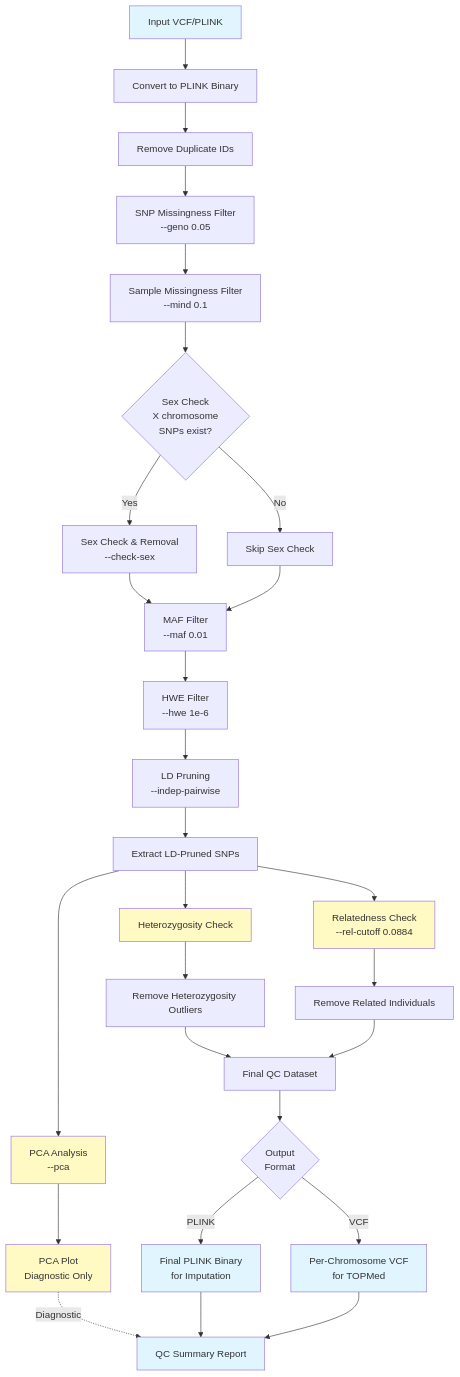
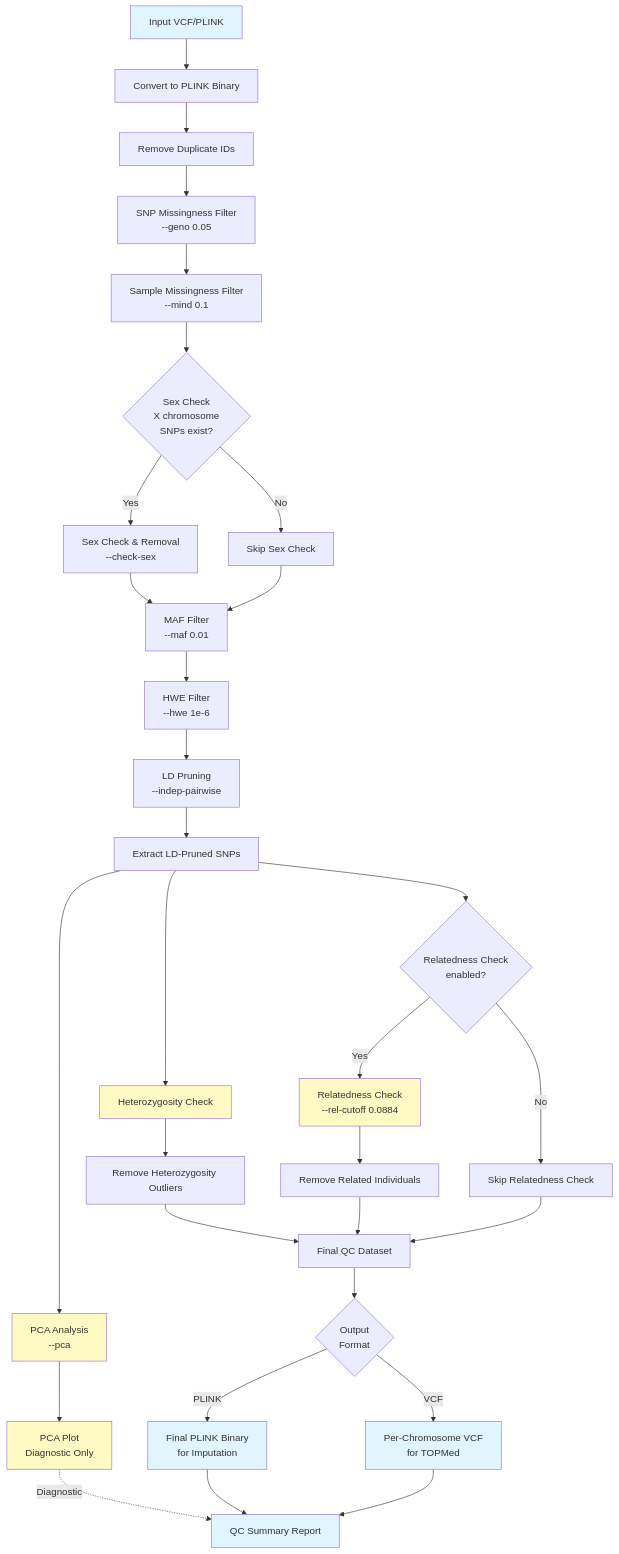
One commit to gwotto/genotype_qc_pipeline changed the diagram in src/genotype_qc_preimputation.mmd. Above: the diagram before and after it, drawn with Mermaid. The commit also changed 8 other files, not shown here.

```diff
--- a/src/genotype_qc_preimputation.mmd
+++ b/src/genotype_qc_preimputation.mmd
@@ -1,36 +1,39 @@
 graph TD
     A["Input VCF/PLINK"] --> B["Convert to PLINK Binary"]
     B --> C["Remove Duplicate IDs"]
     C --> D["SNP Missingness Filter<br/>--geno 0.05"]
     D --> E["Sample Missingness Filter<br/>--mind 0.1"]
     E --> F{"Sex Check<br/>X chromosome<br/>SNPs exist?"}
     F -->|Yes| G["Sex Check & Removal<br/>--check-sex"]
     F -->|No| H["Skip Sex Check"]
     G --> I["MAF Filter<br/>--maf 0.01"]
     H --> I
     I --> J["HWE Filter<br/>--hwe 1e-6"]
     J --> K["LD Pruning<br/>--indep-pairwise"]
     K --> L["Extract LD-Pruned SNPs"]
     L --> M["Heterozygosity Check"]
-    L --> N["Relatedness Check<br/>--rel-cutoff 0.0884"]
+    L --> N{"Relatedness Check<br/>enabled?"}
     L --> O["PCA Analysis<br/>--pca"]
     M --> P["Remove Heterozygosity Outliers"]
-    N --> Q["Remove Related Individuals"]
-    P --> R["Final QC Dataset"]
-    Q --> R
-    O --> S["PCA Plot<br/>Diagnostic Only"]
-    R --> T{"Output<br/>Format"}
-    T -->|PLINK| U["Final PLINK Binary<br/>for Imputation"]
-    T -->|VCF| V["Per-Chromosome VCF<br/>for TOPMed"]
-    S -.->|Diagnostic| W["QC Summary Report"]
-    U --> W
-    V --> W
-    
+    N -->|Yes| Q["Relatedness Check<br/>--rel-cutoff 0.0884"]
+    N -->|No| R["Skip Relatedness Check"]
+    Q --> S["Remove Related Individuals"]
+    P --> T["Final QC Dataset"]
+    S --> T
+    R --> T
+    O --> U["PCA Plot<br/>Diagnostic Only"]
+    T --> V{"Output<br/>Format"}
+    V -->|PLINK| W["Final PLINK Binary<br/>for Imputation"]
+    V -->|VCF| X["Per-Chromosome VCF<br/>for TOPMed"]
+    U -.->|Diagnostic| Y["QC Summary Report"]
+    W --> Y
+    X --> Y
+
     style A fill:#e1f5ff
-    style U fill:#e1f5ff
-    style V fill:#e1f5ff
     style W fill:#e1f5ff
-    style S fill:#fff9c4
+    style X fill:#e1f5ff
+    style Y fill:#e1f5ff
+    style U fill:#fff9c4
     style O fill:#fff9c4
     style M fill:#fff9c4
-    style N fill:#fff9c4
+    style Q fill:#fff9c4
```
